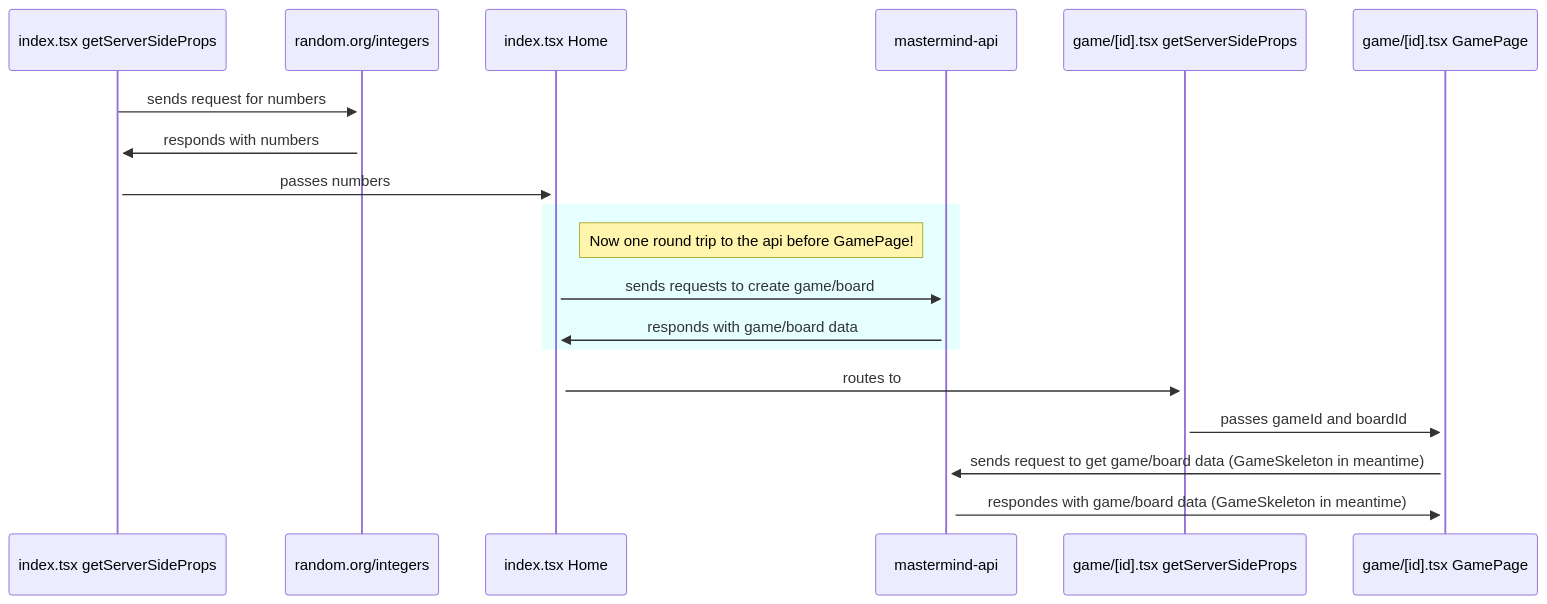
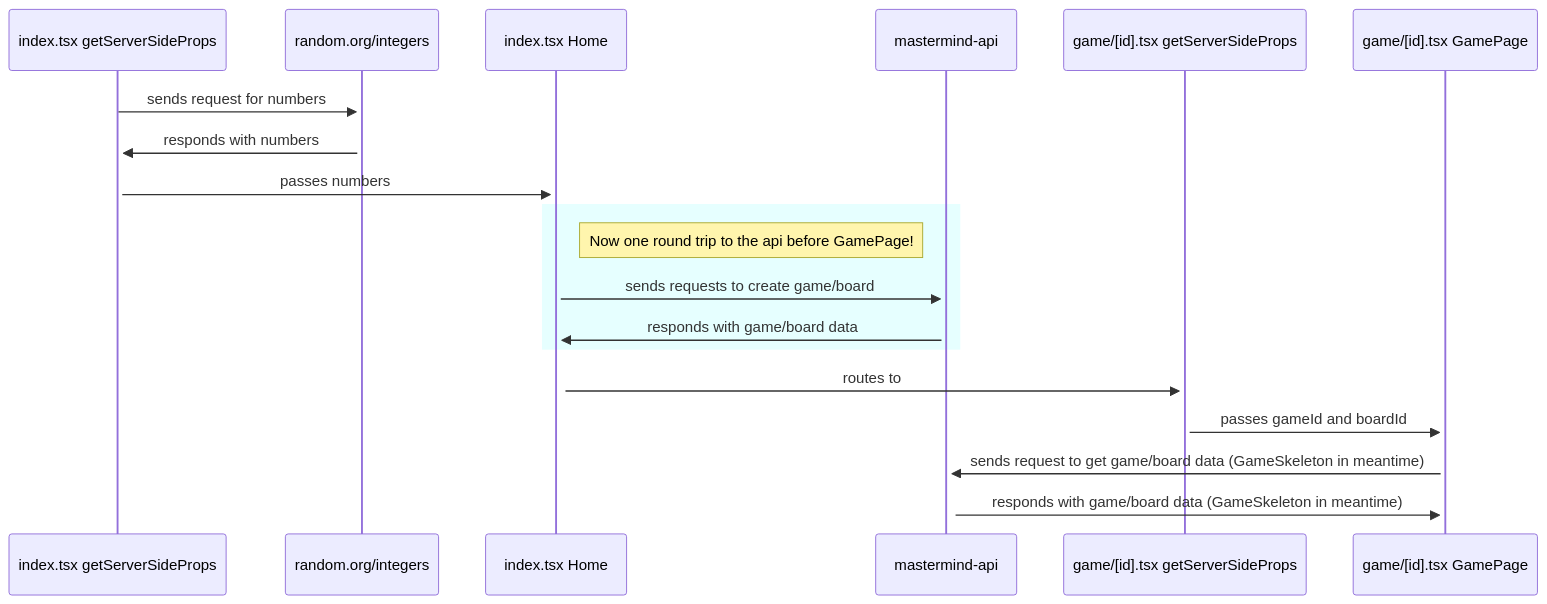
The third of 6 diagrams in README.md (allangelman/mastermind), drawn with Mermaid before and after one commit. The commit also changed other lines of this file, not shown here.

````diff
--- a/README.md
+++ b/README.md
@@ -120,15 +121,15 @@
 ```mermaid
 sequenceDiagram
     index.tsx getServerSideProps ->>+ random.org/integers: sends request for numbers
     random.org/integers ->>+ index.tsx getServerSideProps: responds with numbers
     index.tsx getServerSideProps ->>+ index.tsx Home: passes numbers
     rect rgb(230, 255, 255)
     note left of mastermind-api: Now one round trip to the api before GamePage!
     index.tsx Home ->>+ mastermind-api: sends requests to create game/board
     mastermind-api ->>+ index.tsx Home: responds with game/board data
     end
     index.tsx Home ->>+ game/[id].tsx getServerSideProps: routes to
     game/[id].tsx getServerSideProps ->>+ game/[id].tsx GamePage: passes gameId and boardId
     game/[id].tsx GamePage ->>+ mastermind-api: sends request to get game/board data (GameSkeleton in meantime)
-    mastermind-api ->>+ game/[id].tsx GamePage: respondes with game/board data (GameSkeleton in meantime)
+    mastermind-api ->>+ game/[id].tsx GamePage: responds with game/board data (GameSkeleton in meantime)
 ```
````
